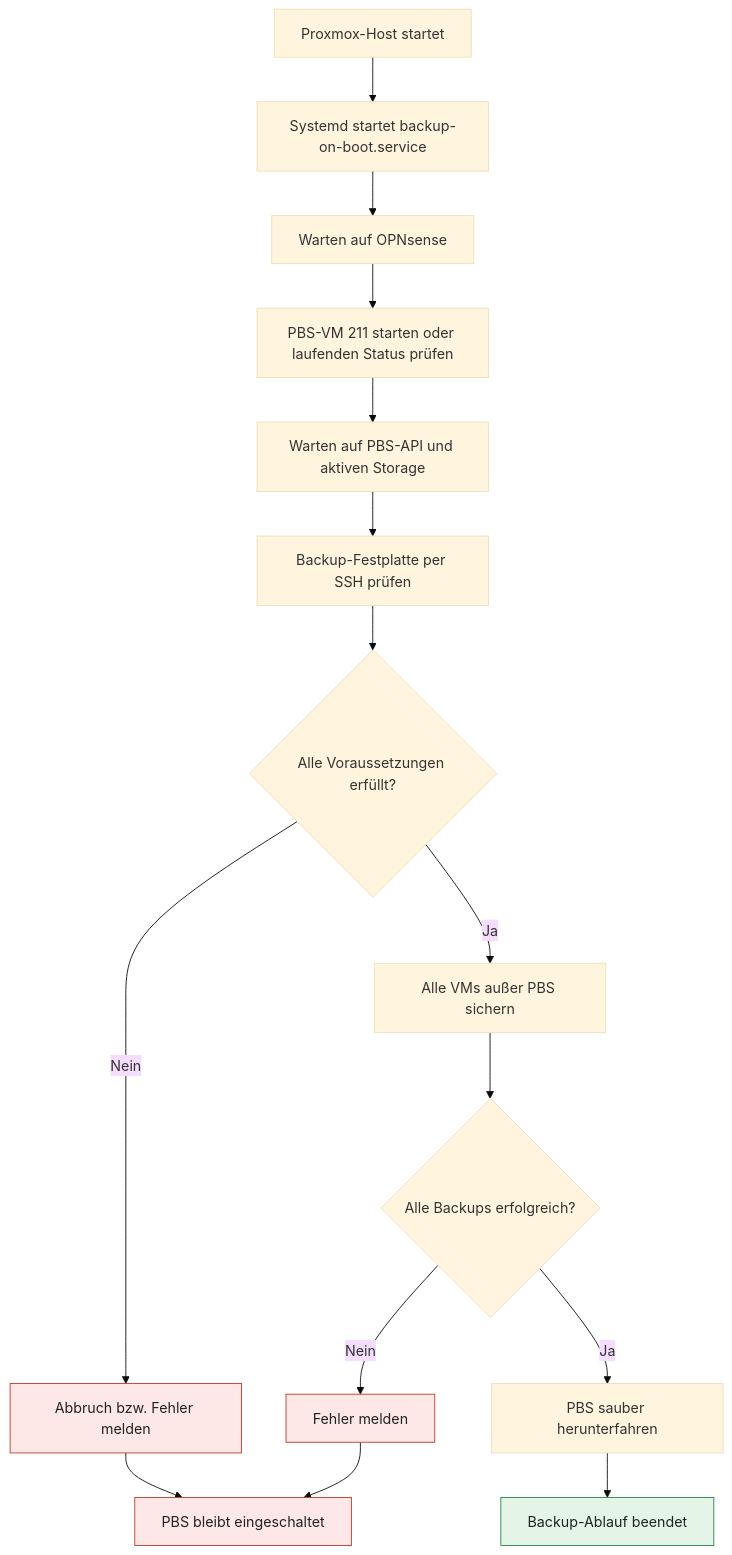
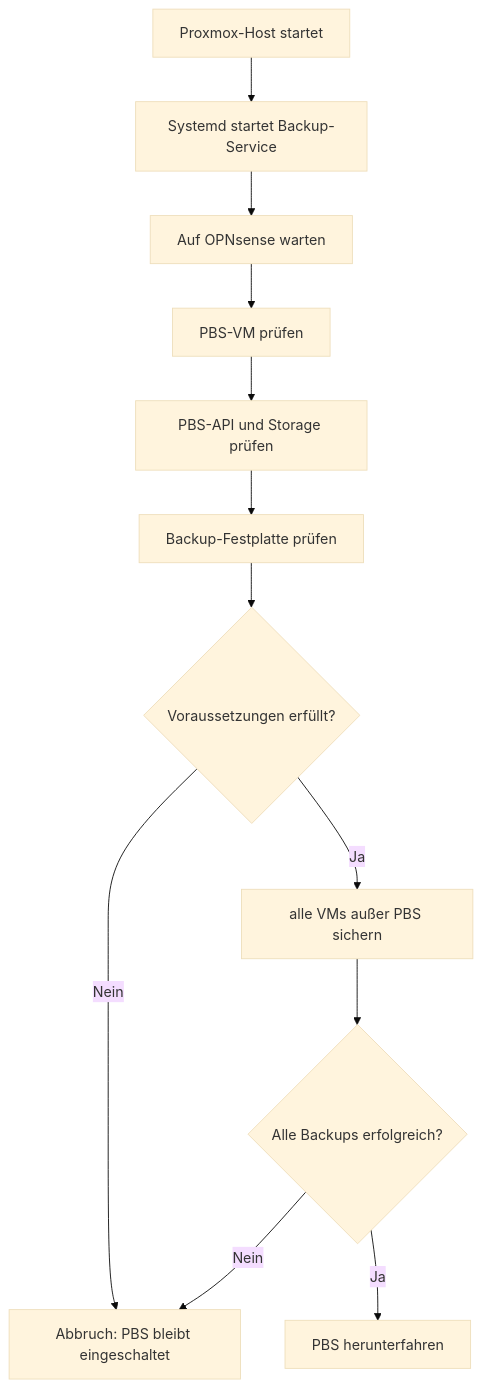
Before and after one commit to kirilov-b/home.lab: the diagram in Dokumentation/Proxmox-Backup-Server.md, drawn with Mermaid (base theme).

Commit message:
Revise backup process flowchart and script comments
Updated the flowchart and backup logic for clarity and accuracy. Adjusted script comments and error handling messages.

````diff
--- a/Dokumentation/Proxmox-Backup-Server.md
+++ b/Dokumentation/Proxmox-Backup-Server.md
@@ -24,26 +25,14 @@
 ```mermaid
 flowchart TD
-    A["Proxmox-Host startet"] --> B["Systemd startet backup-on-boot.service"]
-    B --> C["Warten auf OPNsense"]
-    C --> D["PBS-VM 211 starten oder laufenden Status prüfen"]
-    D --> E["Warten auf PBS-API und aktiven Storage"]
-    E --> F["Backup-Festplatte per SSH prüfen"]
-    F --> G{"Alle Voraussetzungen erfüllt?"}
-
-    G -- Nein --> H["Abbruch bzw. Fehler melden"]
-    H --> I["PBS bleibt eingeschaltet"]
-
-    G -- Ja --> J["Alle VMs außer PBS sichern"]
-    J --> K{"Alle Backups erfolgreich?"}
-
-    K -- Nein --> L["Fehler melden"]
-    L --> I
-
-    K -- Ja --> M["PBS sauber herunterfahren"]
-    M --> N["Backup-Ablauf beendet"]
-
-    classDef error fill:#fde8e7,stroke:#c0392b,color:#222
-    classDef success fill:#e4f5e8,stroke:#27834a,color:#222
-    class H,I,L error
-    class N success
+    A["Proxmox-Host startet"] --> B["Systemd startet Backup-Service"]
+    B --> C["Auf OPNsense warten"]
+    C --> D["PBS-VM prüfen"]
+    D --> E["PBS-API und Storage prüfen"]
+    E --> F["Backup-Festplatte prüfen"]
+    F --> G{"Voraussetzungen erfüllt?"}
+    G -- Nein --> H["Abbruch: PBS bleibt eingeschaltet"]
+    G -- Ja --> I["alle VMs außer PBS sichern"]
+    I --> J{"Alle Backups erfolgreich?"}
+    J -- Nein --> H
+    J -- Ja --> K["PBS herunterfahren"]
 ```
````
